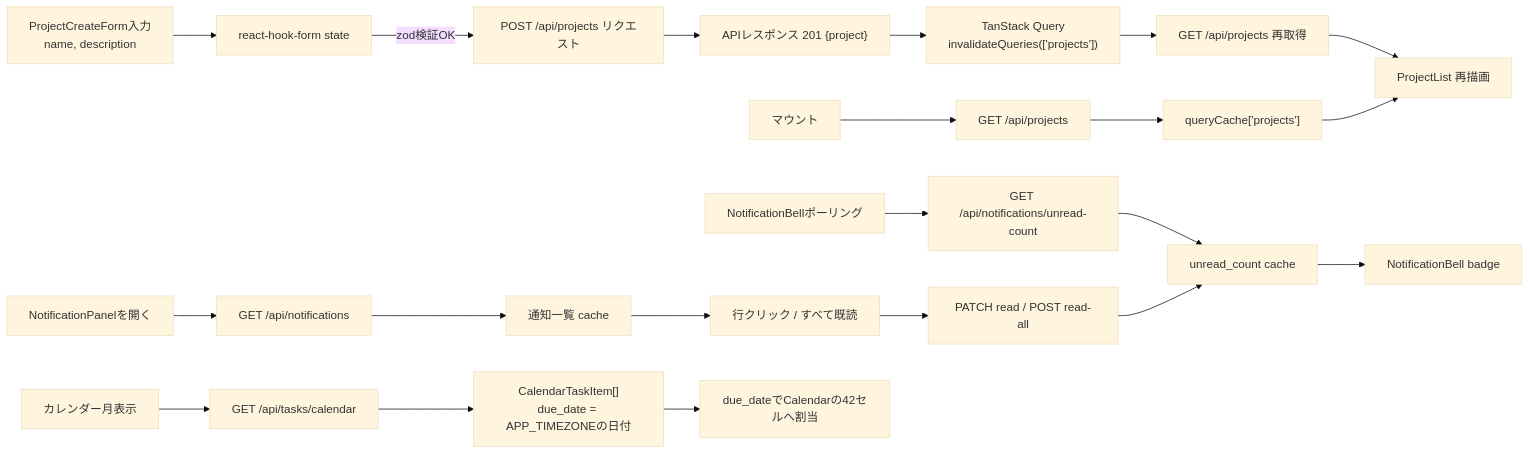
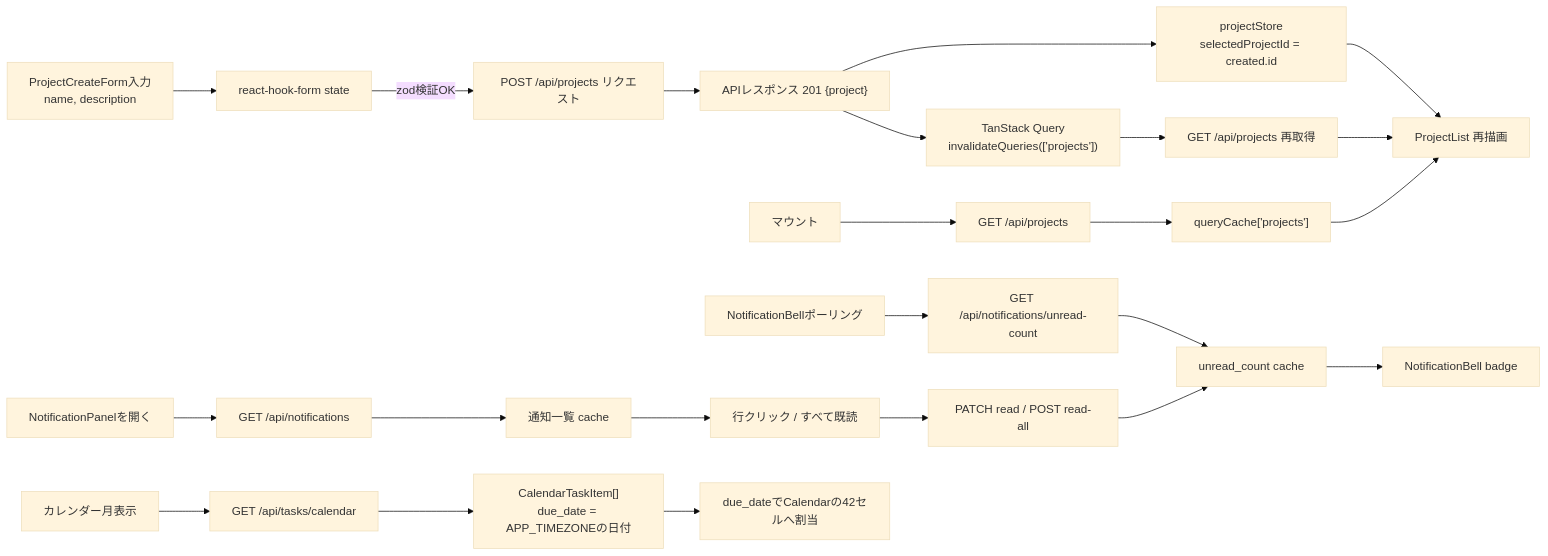
Before and after one commit to oikawa-d/task_management: the fifth of 5 diagrams in docs/detailed_design/screen/06_dashboard.md, drawn with Mermaid (base theme). The commit also changed other lines of this file and 9 other files, not shown here.

````diff
--- a/docs/detailed_design/screen/06_dashboard.md
+++ b/docs/detailed_design/screen/06_dashboard.md
@@ -288,26 +320,28 @@
 ```mermaid
 flowchart LR
     A["ProjectCreateForm入力<br/>name, description"] --> B["react-hook-form state"]
     B -->|"zod検証OK"| C["POST /api/projects リクエスト"]
     C --> D["APIレスポンス 201 {project}"]
+    D --> S["projectStore<br/>selectedProjectId = created.id"]
     D --> E["TanStack Query<br/>invalidateQueries(['projects'])"]
+    S --> G
     E --> F["GET /api/projects 再取得"]
     F --> G["ProjectList 再描画"]
 
     H["マウント"] --> I["GET /api/projects"]
     I --> J["queryCache['projects']"]
     J --> G
 
     H2["NotificationBellポーリング"] --> I2["GET /api/notifications/unread-count"]
     I2 --> J2["unread_count cache"]
     J2 --> K2["NotificationBell badge"]
     L2["NotificationPanelを開く"] --> M2["GET /api/notifications"]
     M2 --> N2["通知一覧 cache"]
     N2 --> O2["行クリック / すべて既読"]
     O2 --> P2["PATCH read / POST read-all"]
     P2 --> J2
 
     H3["カレンダー月表示"] --> I3["GET /api/tasks/calendar"]
     I3 --> J3["CalendarTaskItem[]<br/>due_date = APP_TIMEZONEの日付"]
     J3 --> K3["due_dateでCalendarの42セルへ割当"]
 ```
````
